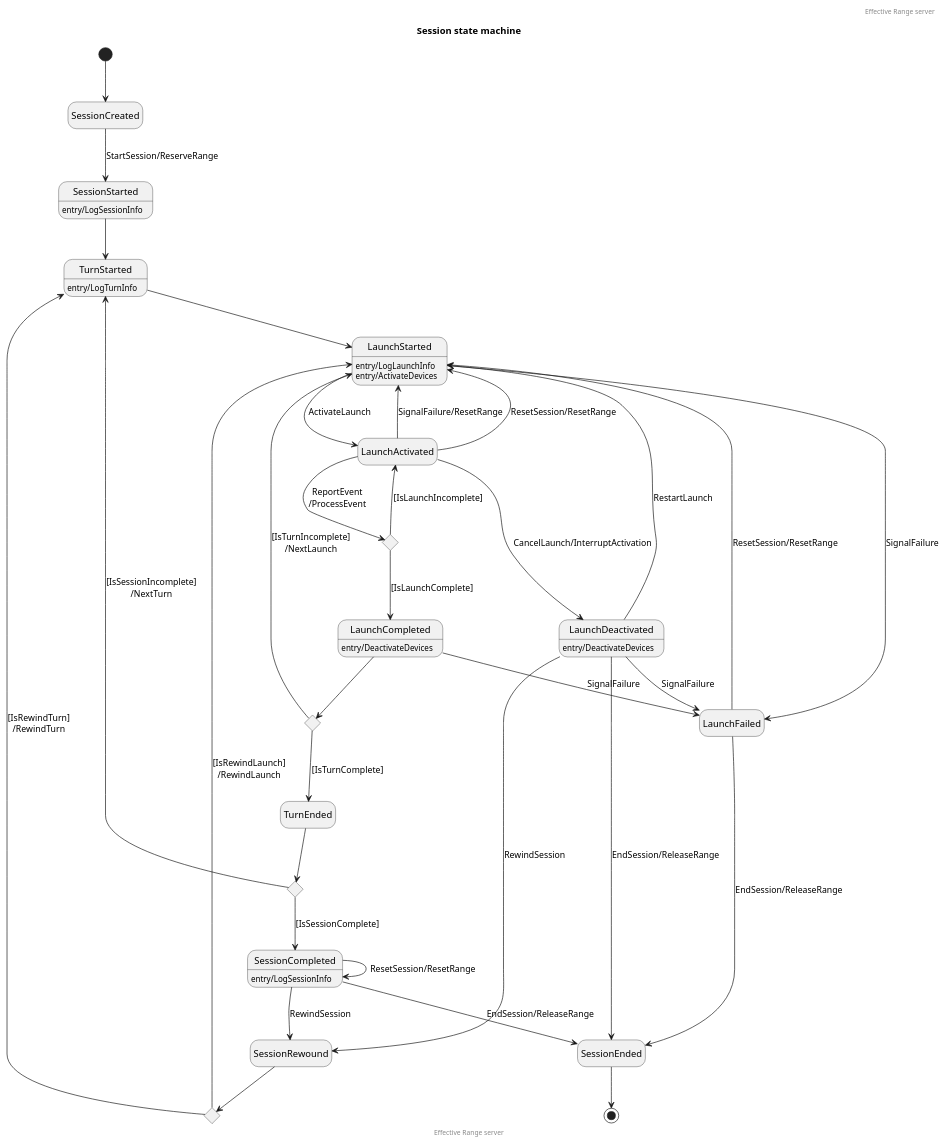
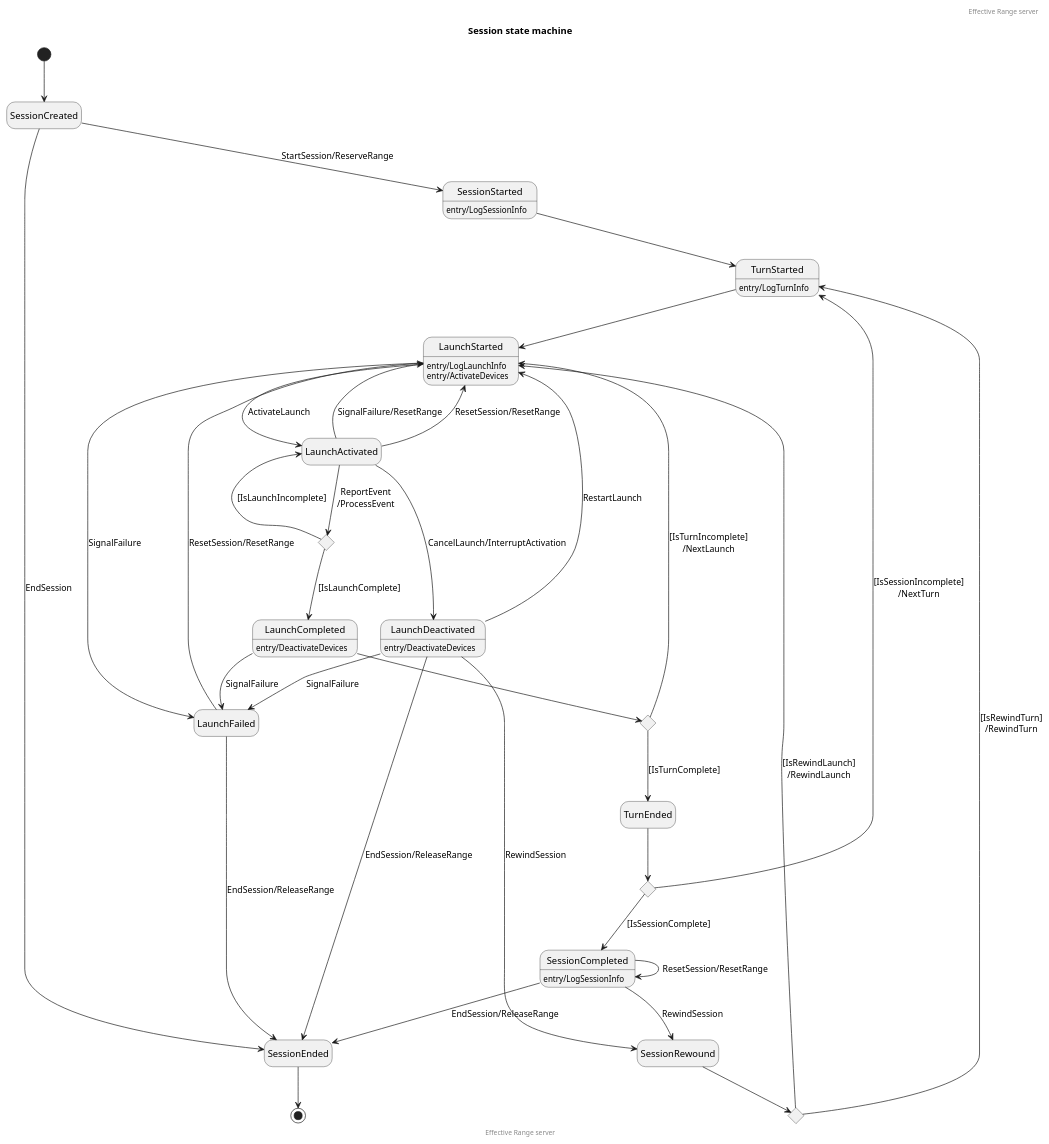
One commit to EffectiveRange/effective-range-api changed the diagram in state/server-session.puml. Above: the diagram before and after it, drawn with PlantUML. The commit also changed 1 other file, not shown here.

Commit message:
Update server session state diagram (#50)

```diff
--- a/state/server-session.puml
+++ b/state/server-session.puml
@@ -1,71 +1,72 @@
 @startuml
 hide empty description
 
 header Effective Range server
 title Session state machine
 
 [*] --> SessionCreated
 SessionCreated --> SessionStarted : StartSession/ReserveRange
 SessionStarted : entry/LogSessionInfo
 SessionStarted --> TurnStarted
 TurnStarted : entry/LogTurnInfo
 TurnStarted --> LaunchStarted
 
 LaunchStarted : entry/LogLaunchInfo
 LaunchStarted : entry/ActivateDevices
 LaunchStarted --> LaunchActivated : ActivateLaunch
 
 state LaunchActivatedChoice <<choice>>
 
 ' Successful launch
 LaunchActivated --> LaunchActivatedChoice : ReportEvent\n/ProcessEvent
 LaunchActivatedChoice --> LaunchActivated : [IsLaunchIncomplete]
 LaunchActivatedChoice --> LaunchCompleted : [IsLaunchComplete]
 LaunchCompleted : entry/DeactivateDevices
 
 state LaunchCompleteChoice <<choice>>
 
 LaunchCompleted --> LaunchCompleteChoice
 LaunchCompleteChoice --> LaunchStarted : [IsTurnIncomplete]\n/NextLaunch
 LaunchCompleteChoice --> TurnEnded : [IsTurnComplete]
 
 LaunchActivated --> LaunchDeactivated : CancelLaunch/InterruptActivation
 LaunchDeactivated : entry/DeactivateDevices
 LaunchDeactivated --> SessionEnded : EndSession/ReleaseRange
 
 ' Restart launch
 LaunchDeactivated --> LaunchStarted : RestartLaunch
 
 ' Failed launch
 LaunchStarted --> LaunchFailed : SignalFailure
 LaunchActivated --> LaunchStarted : SignalFailure/ResetRange
 LaunchCompleted --> LaunchFailed : SignalFailure
 LaunchDeactivated --> LaunchFailed : SignalFailure
 LaunchFailed --> LaunchStarted : ResetSession/ResetRange
 LaunchFailed --> SessionEnded : EndSession/ReleaseRange
 
 ' Continue session after server restart
 LaunchActivated --> LaunchStarted : ResetSession/ResetRange
 SessionCompleted --> SessionCompleted : ResetSession/ResetRange
 
 ' Rewound session
 state SessionRewoundChoice <<choice>>
 
 LaunchDeactivated --> SessionRewound : RewindSession
 SessionRewound --> SessionRewoundChoice
 SessionRewoundChoice --> LaunchStarted : [IsRewindLaunch]\n/RewindLaunch
 SessionRewoundChoice --> TurnStarted : [IsRewindTurn]\n/RewindTurn
 
 state TurnEndedChoice <<choice>>
 
 TurnEnded --> TurnEndedChoice
 TurnEndedChoice --> TurnStarted : [IsSessionIncomplete]\n/NextTurn
 TurnEndedChoice --> SessionCompleted : [IsSessionComplete]
 SessionCompleted : entry/LogSessionInfo
 SessionCompleted --> SessionRewound : RewindSession
 SessionCompleted --> SessionEnded : EndSession/ReleaseRange
+SessionCreated --> SessionEnded : EndSession
 SessionEnded --> [*]
 
 footer Effective Range server
 
 @enduml
```
